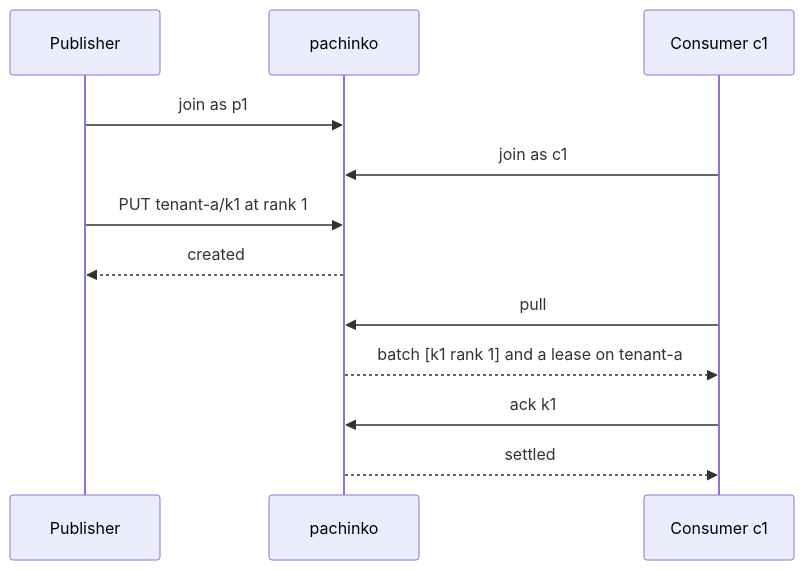
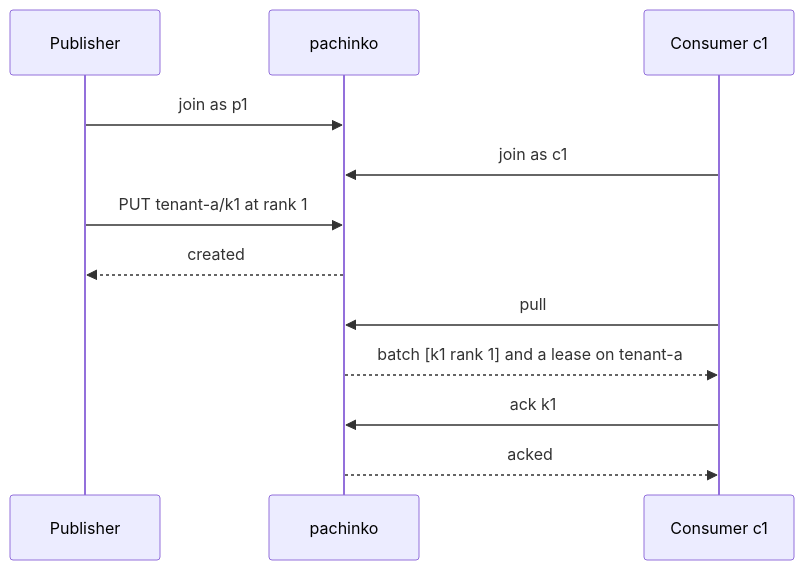
Before and after one commit to BiscuitBin/pachinko: the second of 4 diagrams in README.md, drawn with Mermaid. The commit also changed other lines of this file and 16 other files, not shown here.

````diff
--- a/README.md
+++ b/README.md
@@ -39,14 +39,14 @@
 ```mermaid
 sequenceDiagram
     participant P as Publisher
     participant Q as pachinko
     participant C1 as Consumer c1
     P->>Q: join as p1
     C1->>Q: join as c1
     P->>Q: PUT tenant-a/k1 at rank 1
     Q-->>P: created
     C1->>Q: pull
     Q-->>C1: batch [k1 rank 1] and a lease on tenant-a
     C1->>Q: ack k1
-    Q-->>C1: settled
+    Q-->>C1: acked
 ```
````
